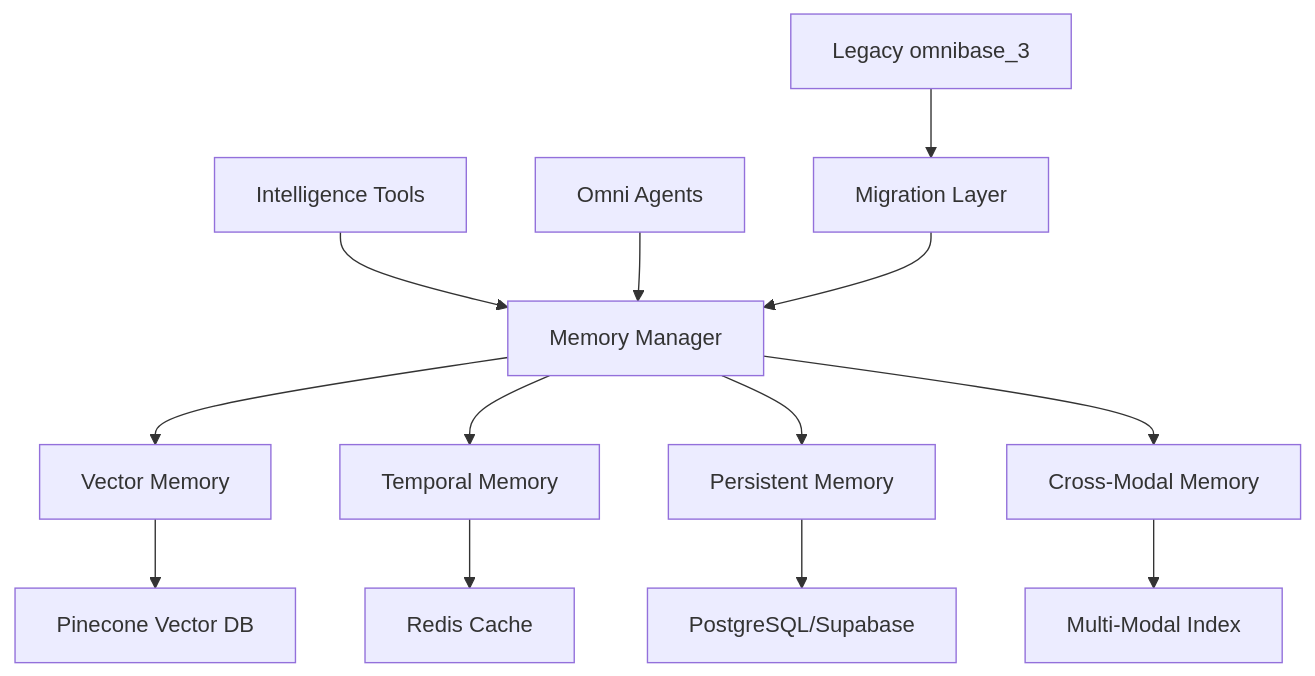
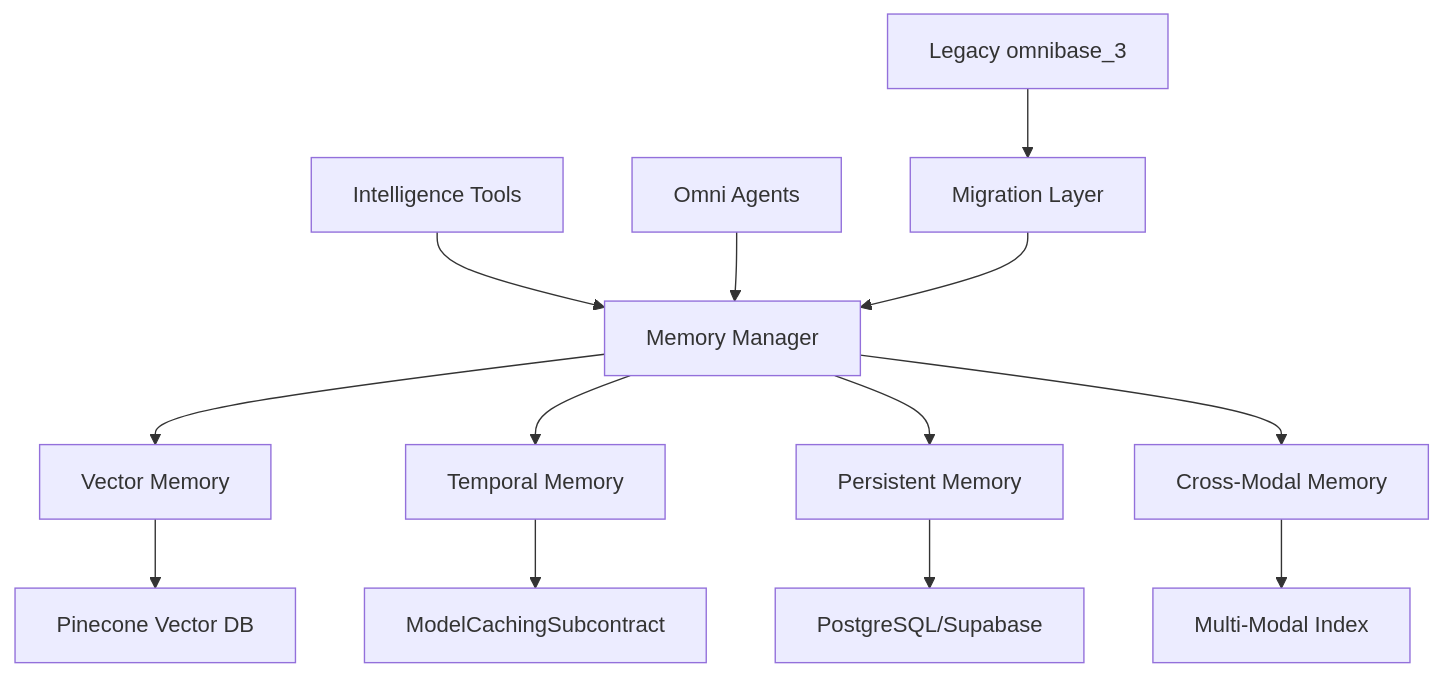
Before and after one commit to OmniNode-ai/omnimemory: the diagram in CLAUDE.md, drawn with Mermaid. The commit also changed other lines of this file and 27 other files, not shown here.

````diff
--- a/CLAUDE.md
+++ b/CLAUDE.md
@@ -63,16 +63,16 @@
 ```mermaid
 graph TB
     A[Memory Manager] --> B[Vector Memory]
     A --> C[Temporal Memory]
     A --> D[Persistent Memory]
     A --> E[Cross-Modal Memory]
 
     B --> F[Pinecone Vector DB]
-    C --> G[Redis Cache]
+    C --> G[ModelCachingSubcontract]
     D --> H[PostgreSQL/Supabase]
     E --> I[Multi-Modal Index]
 
     J[Intelligence Tools] --> A
     K[Omni Agents] --> A
     L[Legacy omnibase_3] --> M[Migration Layer] --> A
 ```
````
